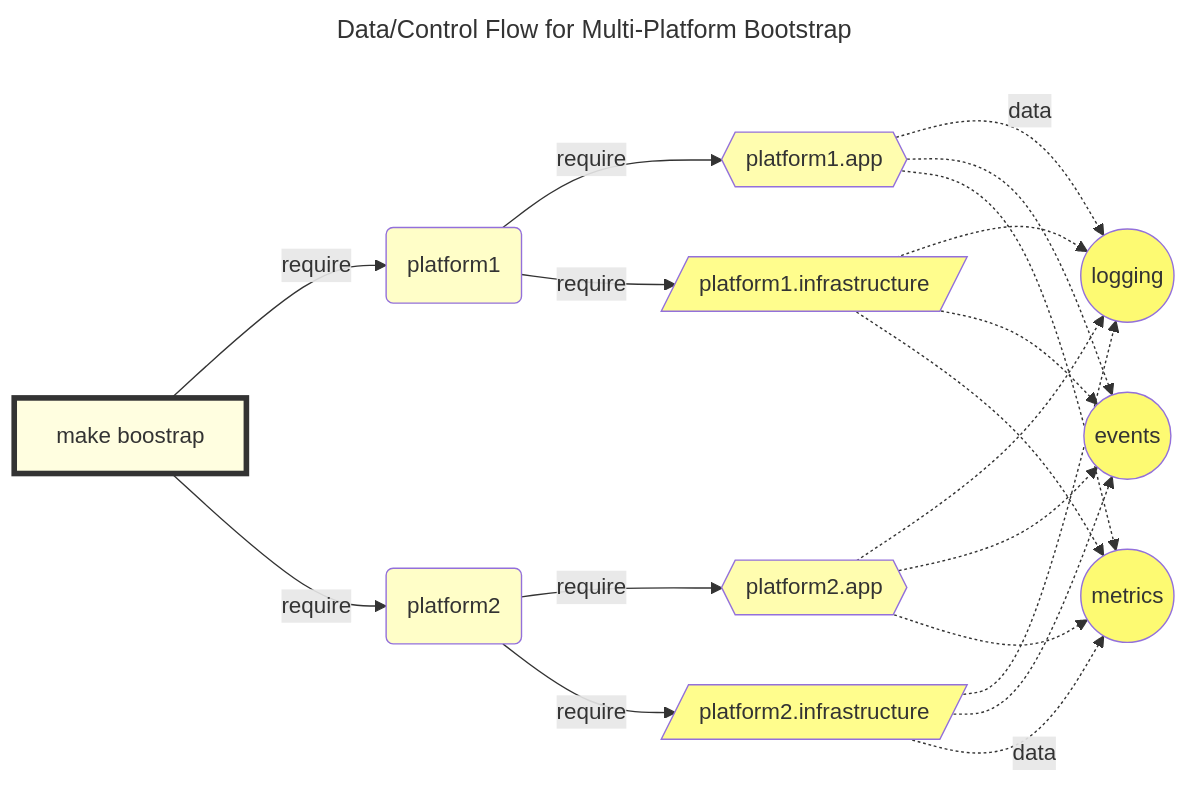
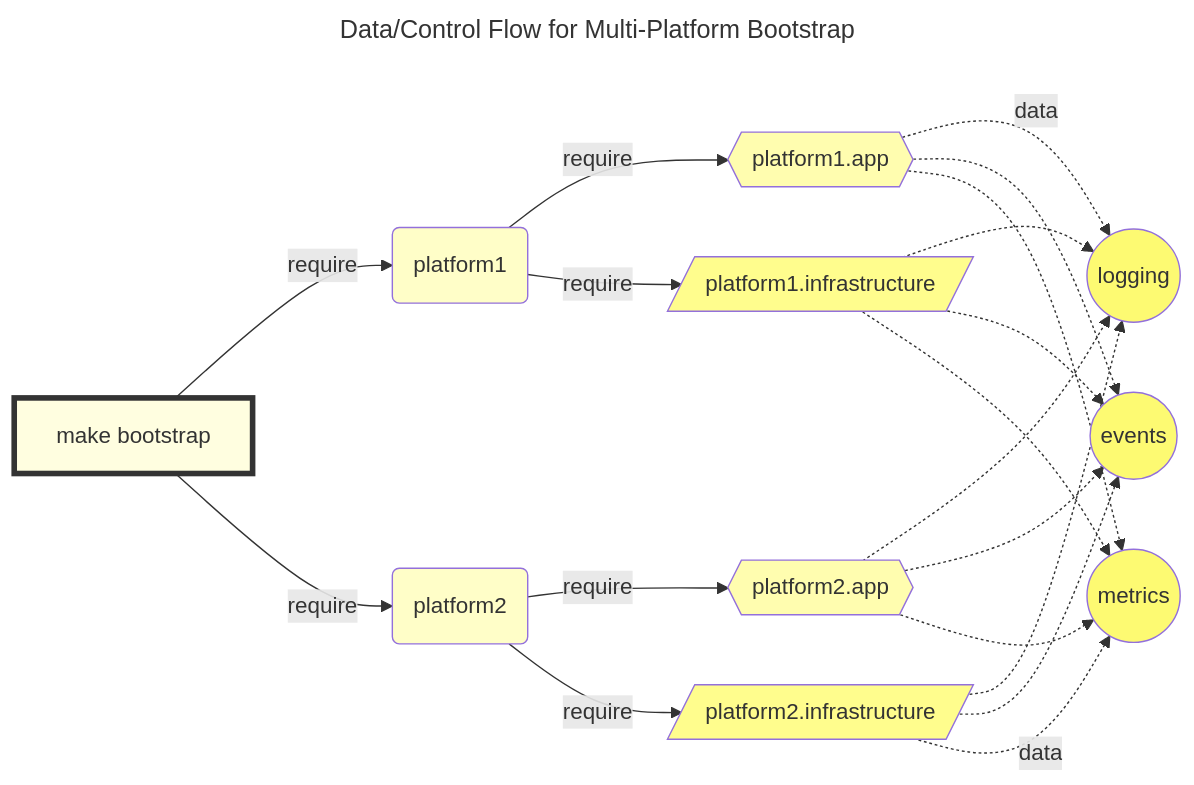
Before and after one commit to elo-enterprises/k8s-tools: the diagram in docs/example-platform-2.mmd, drawn with Mermaid. The commit also changed 28 other files, not shown here.

Commit message:
flow -> flux; remove python dep; docs tui poc: kubectl graph; chafa; tmuxinator; stream.dind

```diff
--- a/docs/example-platform-2.mmd
+++ b/docs/example-platform-2.mmd
@@ -1,30 +1,30 @@
 ---
 title: Data/Control Flow for Multi-Platform Bootstrap
 ---
 graph LR
-  M[make boostrap] -->  |require| p1(platform1) -->|require| platform1.app
+  M[make bootstrap] -->  |require| p1(platform1) -->|require| platform1.app
   M -->  |require| p2(platform2) -->|require| platform2.app
   p1 -->|require| platform1.infrastructure
   p2 -->|require| platform2.infrastructure
 platform1.app{{platform1.app}} -.->|data| logging((logging))
 platform2.app{{platform2.app}} -.-> logging
 platform1.infrastructure[/platform1.infrastructure/] -.-> logging
 platform2.infrastructure[/platform2.infrastructure/] -.-> logging
 platform1.app -.-> events((events))
 platform2.app -.-> events
 platform1.infrastructure -.-> events
 platform2.infrastructure -.-> events
 platform1.app -.-> metrics((metrics))
 platform2.app -.-> metrics
 platform1.infrastructure -.-> metrics
 platform2.infrastructure -.->|data| metrics
 style M fill:#fffee0,stroke:#333,stroke-width:4px
 style p1 fill:#fffec8
 style p2 fill:#fffec8
 style platform1.app fill:#fffdaf
 style platform2.app fill:#fffdaf
 style platform2.infrastructure fill:#fffd8d
 style platform1.infrastructure fill:#fffd8d
 style logging fill:#fdfa72
 style metrics fill:#fdfa72
 style events fill:#fdfa72
```
